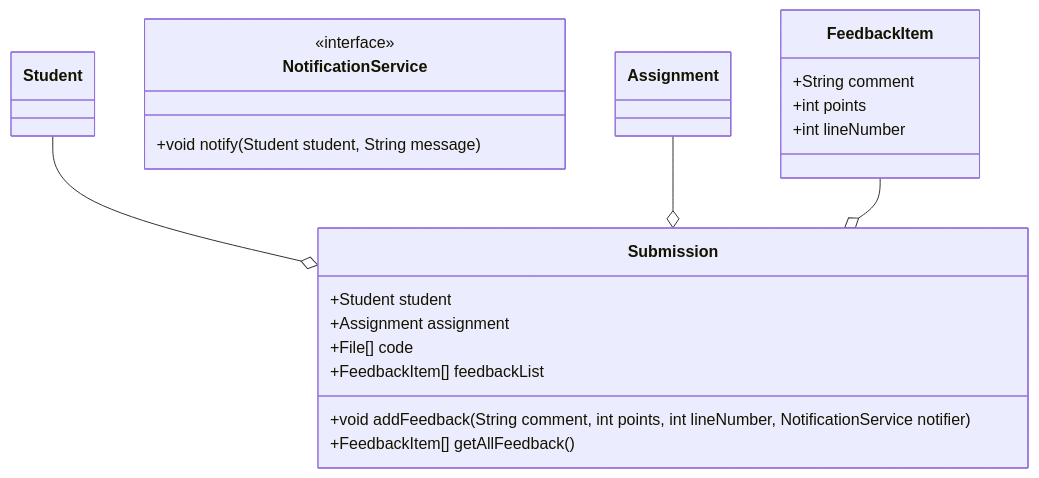
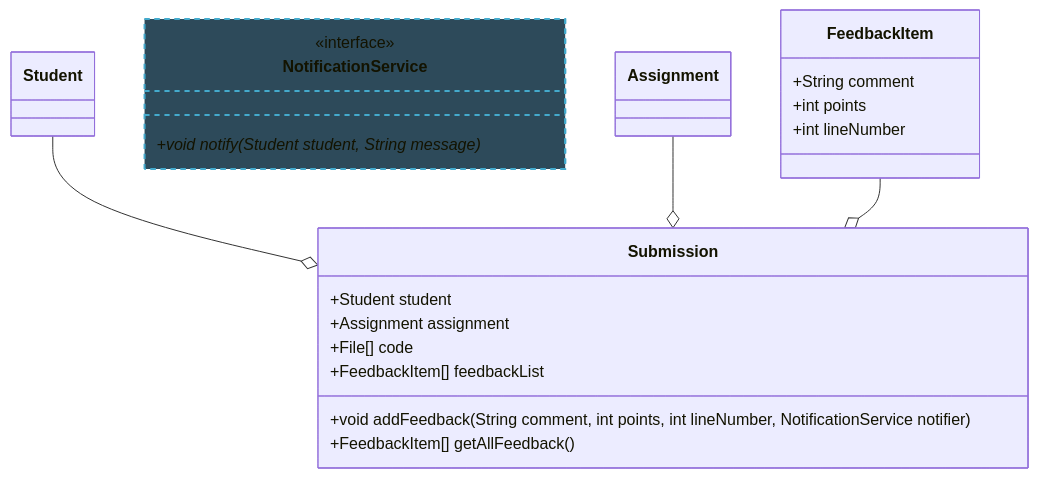
The first of 7 diagrams in lecture-slides/l7-design-for-change.mdx (neu-pdi/cs3100-public-resources), drawn with Mermaid before and after one commit. The commit also changed other lines of this file and 6 other files, not shown here.

````diff
--- a/lecture-slides/l7-design-for-change.mdx
+++ b/lecture-slides/l7-design-for-change.mdx
@@ -235,26 +235,27 @@
 ```mermaid
 classDiagram
     class Submission {
         +Student student
         +Assignment assignment
         +File[] code
         +FeedbackItem[] feedbackList
         +void addFeedback(String comment, int points, int lineNumber, NotificationService notifier)
         +FeedbackItem[] getAllFeedback()
     }
 
     class FeedbackItem {
         +String comment
         +int points
         +int lineNumber
     }
 
     class NotificationService {
         <<interface>>
-        +void notify(Student student, String message)
+        +void notify(Student student, String message)*
     }
 
     Student --o Submission
     Assignment --o Submission
     FeedbackItem --o Submission
+    style NotificationService fill:#2d4a5a,stroke:#4ac,stroke-width:2px,stroke-dasharray: 5 5
 ```
````
